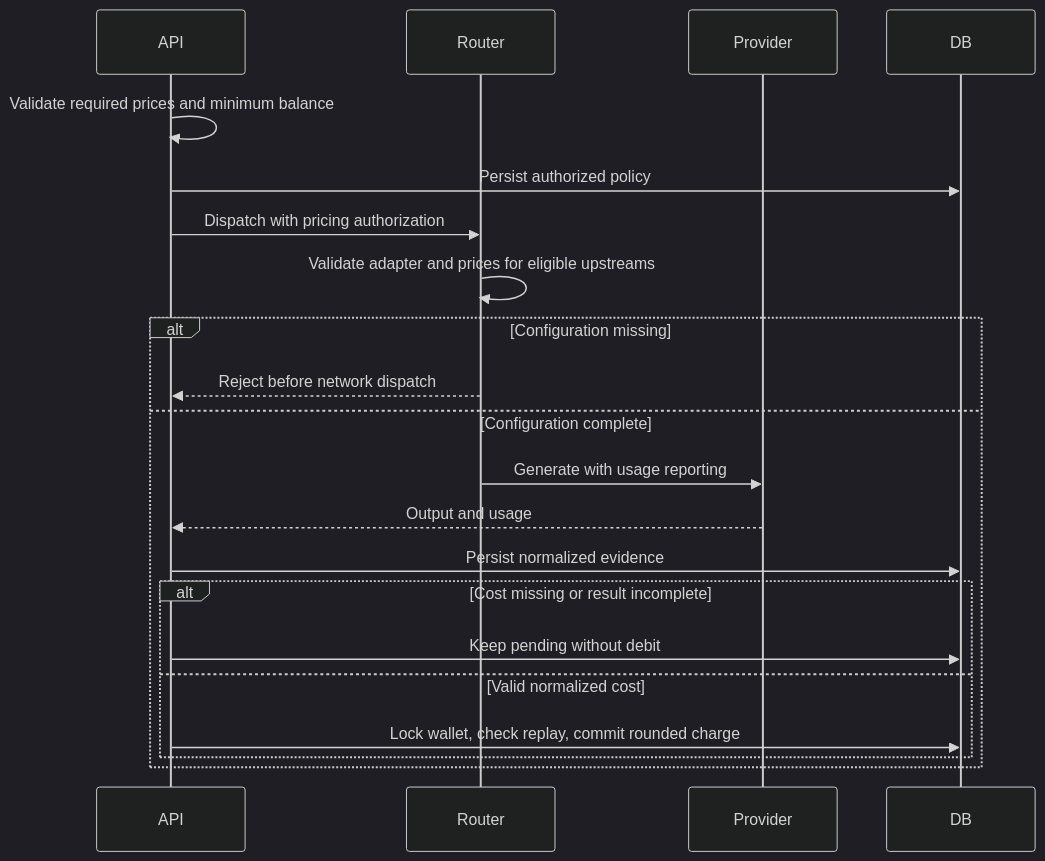
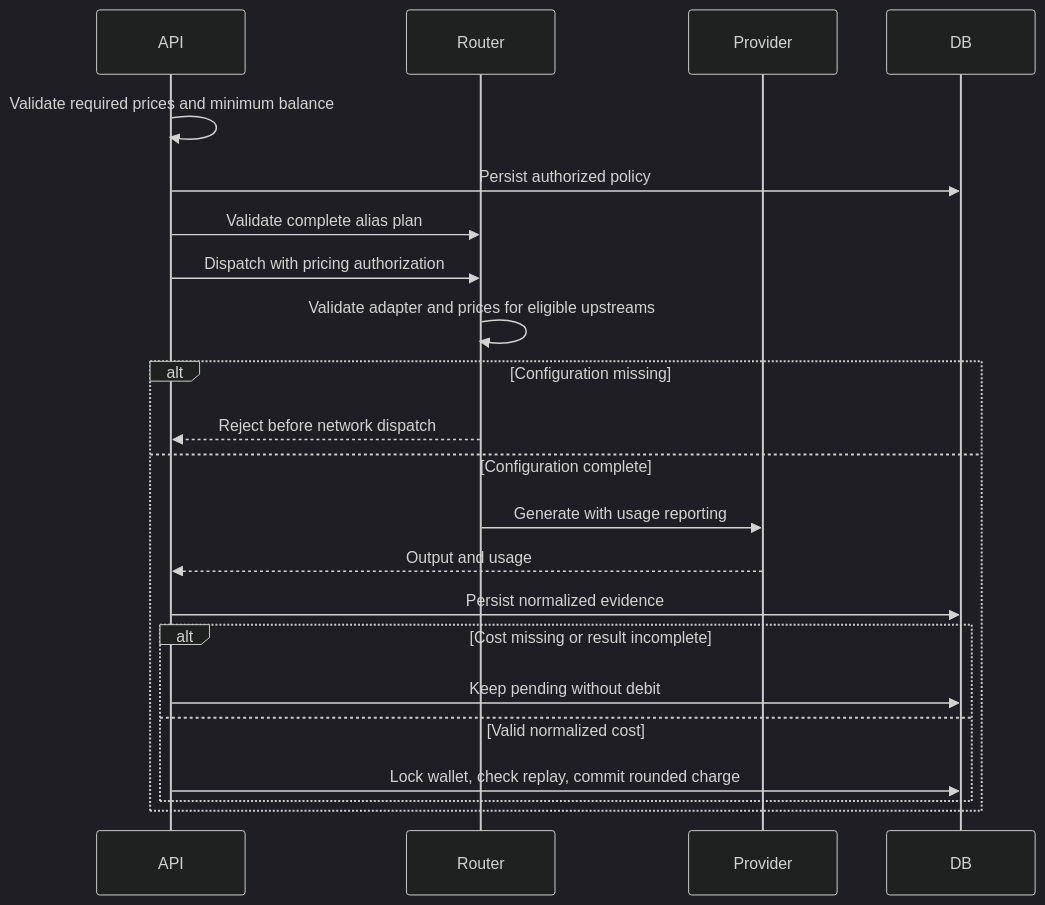
Before and after one commit to moeru-ai/airi: the second of 2 diagrams in server/docs/ai/adr/2026-09-23-provider-cost-billing.md, drawn with Mermaid (dark theme). The commit also changed other lines of this file and 13 other files, not shown here.

Commit message:
fix(api): validate alias plans and gate billing load regressions

````diff
--- a/server/docs/ai/adr/2026-09-23-provider-cost-billing.md
+++ b/server/docs/ai/adr/2026-09-23-provider-cost-billing.md
@@ -40,23 +40,24 @@
 ```mermaid
 sequenceDiagram
   participant API
   participant Router
   participant Provider
   participant DB
   API->>API: Validate required prices and minimum balance
   API->>DB: Persist authorized policy
+  API->>Router: Validate complete alias plan
   API->>Router: Dispatch with pricing authorization
   Router->>Router: Validate adapter and prices for eligible upstreams
   alt Configuration missing
     Router-->>API: Reject before network dispatch
   else Configuration complete
     Router->>Provider: Generate with usage reporting
     Provider-->>API: Output and usage
     API->>DB: Persist normalized evidence
     alt Cost missing or result incomplete
       API->>DB: Keep pending without debit
     else Valid normalized cost
       API->>DB: Lock wallet, check replay, commit rounded charge
     end
   end
 ```
````
